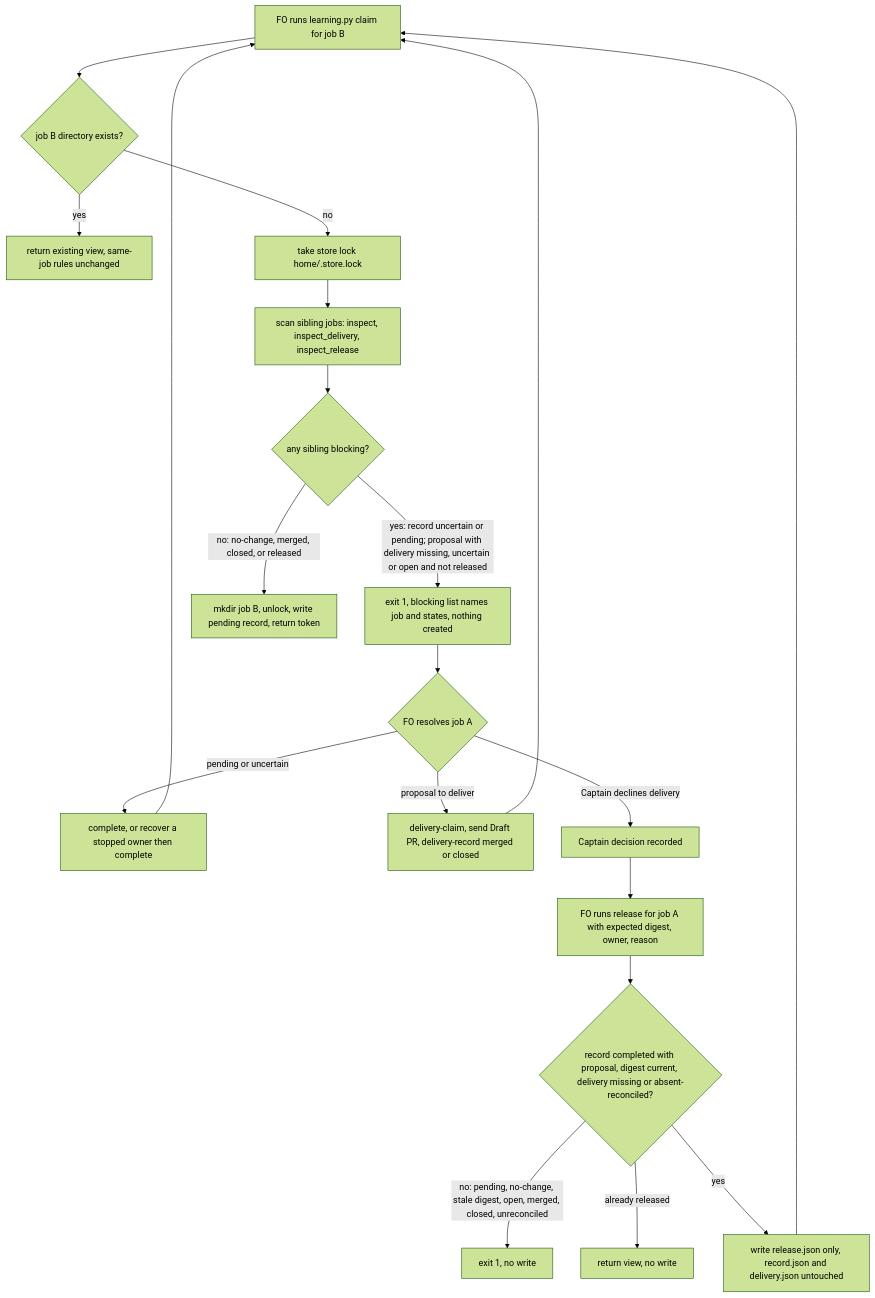
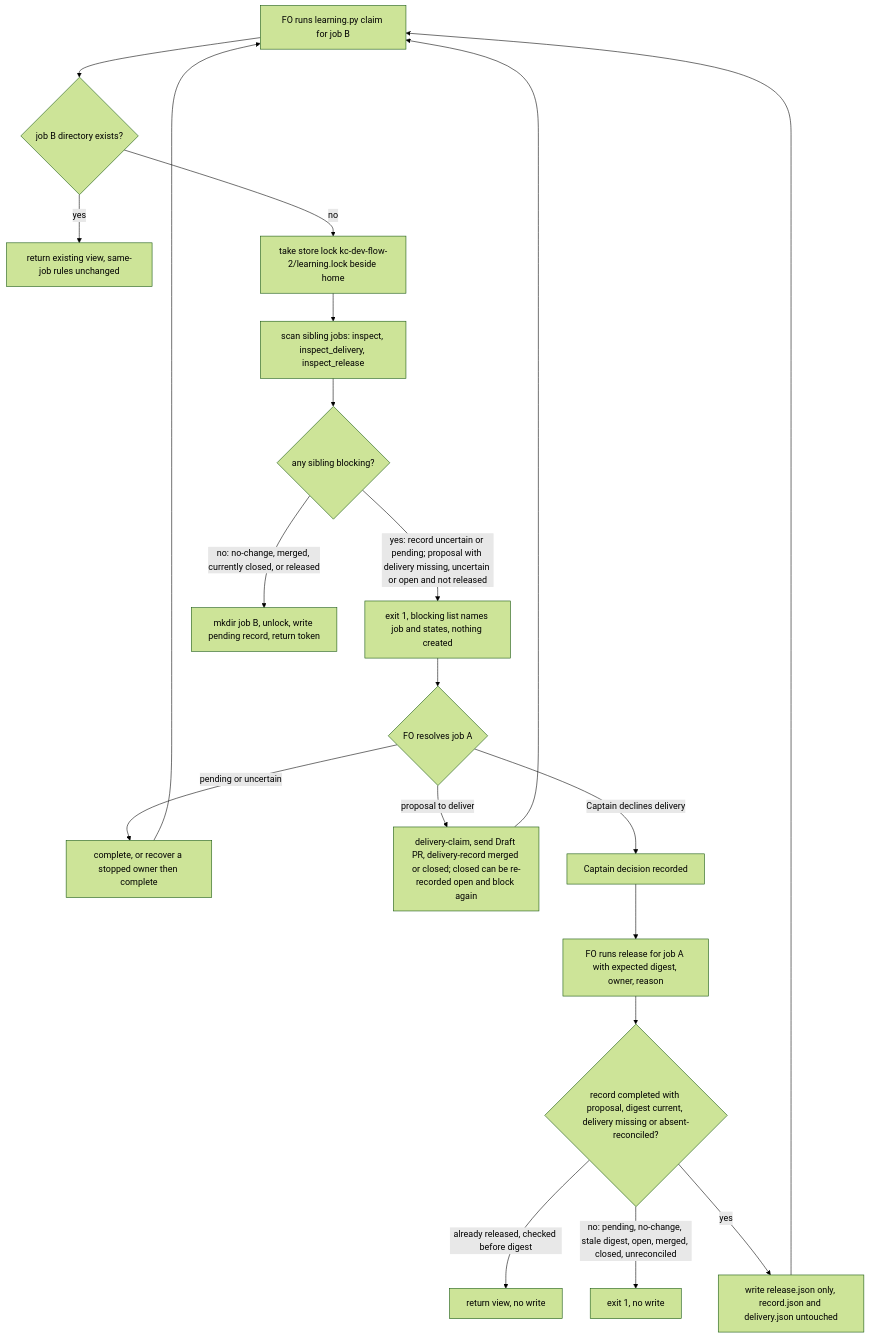
Before and after one commit to iamcxa/kc-claude-plugins: the diagram in learning-serialize-evaluation.md, drawn with Mermaid (forest theme). The commit also changed other lines of this file, not shown here.

Commit message:
ideation: learning-serialize-evaluation correction round 1

````diff
--- a/learning-serialize-evaluation.md
+++ b/learning-serialize-evaluation.md
@@ -226,22 +250,22 @@
 ```mermaid
 flowchart TD
     FO[FO runs learning.py claim for job B] --> EX{job B directory exists?}
     EX -- yes --> VIEW[return existing view, same-job rules unchanged]
-    EX -- no --> LOCK[take store lock home/.store.lock]
+    EX -- no --> LOCK[take store lock kc-dev-flow-2/learning.lock beside home]
     LOCK --> SCAN[scan sibling jobs: inspect, inspect_delivery, inspect_release]
     SCAN --> BLK{any sibling blocking?}
     BLK -- "yes: record uncertain or pending; proposal with delivery missing, uncertain or open and not released" --> REFUSE[exit 1, blocking list names job and states, nothing created]
-    BLK -- "no: no-change, merged, closed, or released" --> MK[mkdir job B, unlock, write pending record, return token]
+    BLK -- "no: no-change, merged, currently closed, or released" --> MK[mkdir job B, unlock, write pending record, return token]
     REFUSE --> ROUTE{FO resolves job A}
     ROUTE -- "pending or uncertain" --> REC[complete, or recover a stopped owner then complete]
-    ROUTE -- "proposal to deliver" --> DEL[delivery-claim, send Draft PR, delivery-record merged or closed]
+    ROUTE -- "proposal to deliver" --> DEL[delivery-claim, send Draft PR, delivery-record merged or closed; closed can be re-recorded open and block again]
     ROUTE -- "Captain declines delivery" --> CAP[Captain decision recorded]
     CAP --> REL[FO runs release for job A with expected digest, owner, reason]
     REL --> RCHK{record completed with proposal, digest current, delivery missing or absent-reconciled?}
+    RCHK -- "already released, checked before digest" --> RVIEW[return view, no write]
     RCHK -- "no: pending, no-change, stale digest, open, merged, closed, unreconciled" --> RREF[exit 1, no write]
-    RCHK -- "already released" --> RVIEW[return view, no write]
     RCHK -- yes --> RW[write release.json only, record.json and delivery.json untouched]
     REC --> FO
     DEL --> FO
     RW --> FO
 ```
````
